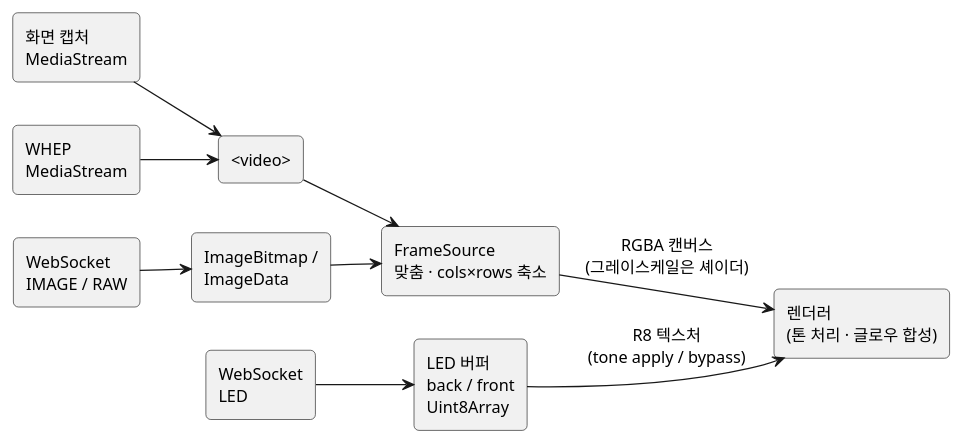
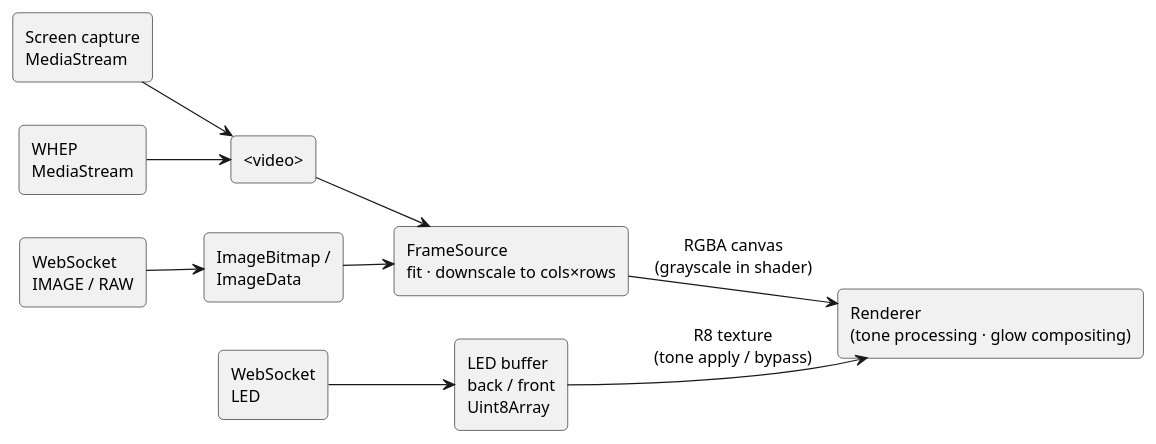
The fourth of 5 diagrams in docs/source-interface.md (jujuroa/ledboard), drawn with PlantUML before and after one commit. The commit also changed other lines of this file and 7 other files, not shown here.

````diff
--- a/docs/source-interface.md
+++ b/docs/source-interface.md
@@ -418,33 +420,33 @@
 ```plantuml
 @startuml
 skinparam backgroundColor #FFFFFF
 skinparam shadowing false
 skinparam defaultFontName "Malgun Gothic"
 skinparam defaultFontSize 13
 skinparam roundCorner 8
 skinparam nodesep 35
 skinparam ranksep 40
 skinparam componentStyle rectangle
 left to right direction
 
 component "WHEP\nMediaStream" as M
-component "화면 캡처\nMediaStream" as C
+component "Screen capture\nMediaStream" as C
 component "WebSocket\nIMAGE / RAW" as I
 component "WebSocket\nLED" as L
 
 component "<video>" as V
 component "ImageBitmap /\nImageData" as BM
-component "FrameSource\n맞춤 · cols×rows 축소" as FS
-component "LED 버퍼\nback / front\nUint8Array" as LB
-component "렌더러\n(톤 처리 · 글로우 합성)" as R
+component "FrameSource\nfit · downscale to cols×rows" as FS
+component "LED buffer\nback / front\nUint8Array" as LB
+component "Renderer\n(tone processing · glow compositing)" as R
 
 M --> V
 C --> V
 V --> FS
 I --> BM
 BM --> FS
-FS --> R : RGBA 캔버스\n(그레이스케일은 셰이더)
+FS --> R : RGBA canvas\n(grayscale in shader)
 L --> LB
-LB --> R : R8 텍스처\n(tone apply / bypass)
+LB --> R : R8 texture\n(tone apply / bypass)
 @enduml
 ```
````
